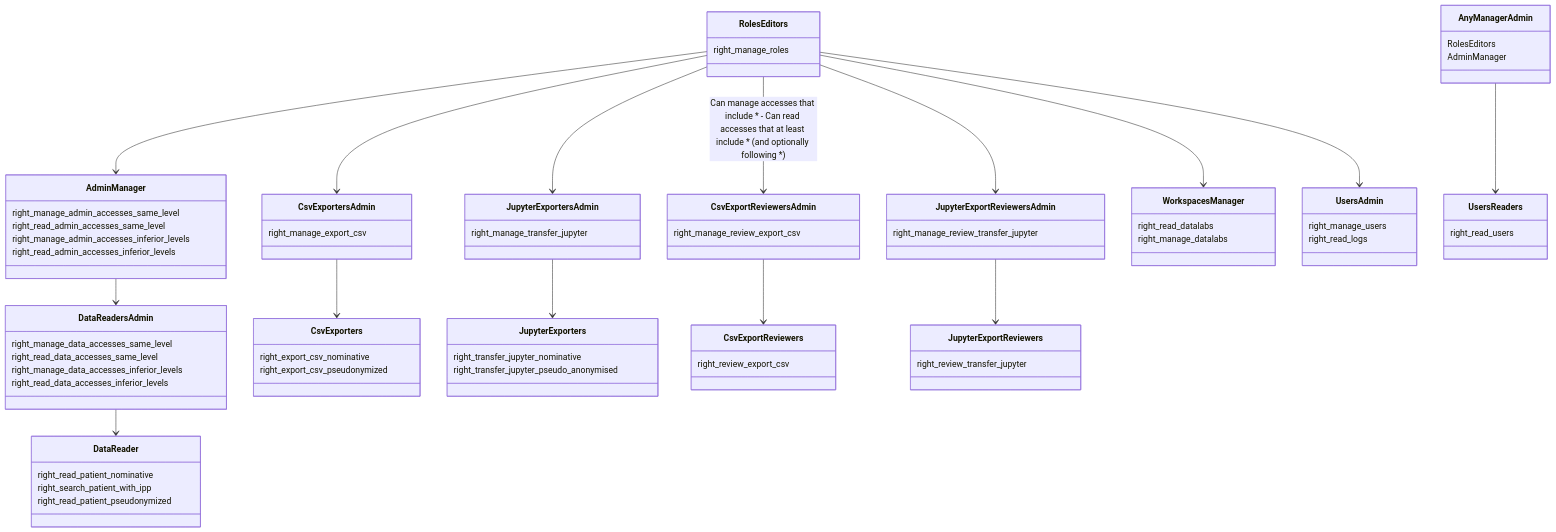
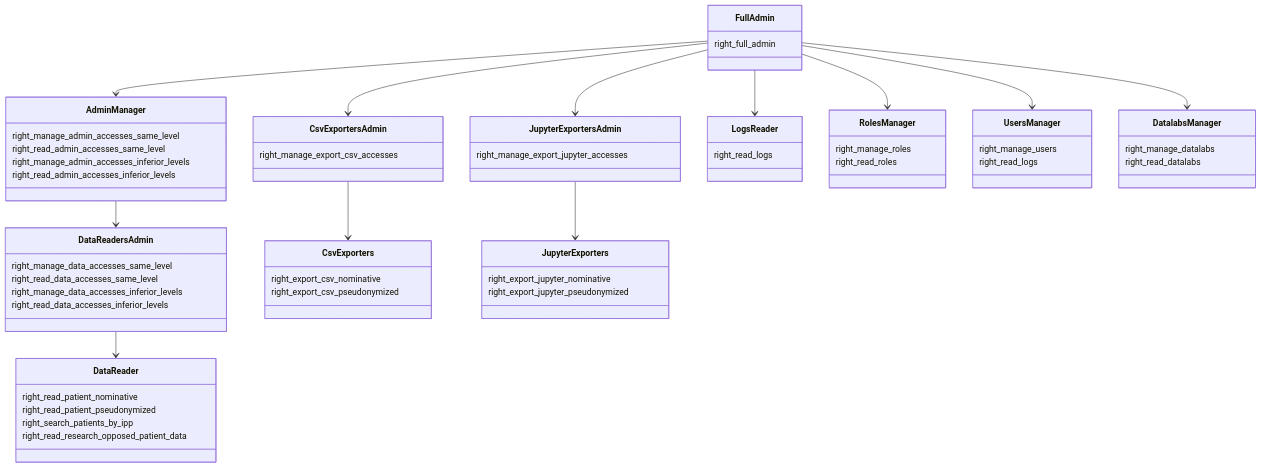
One commit to aphp/Cohort360-Back-end changed the first of 17 diagrams in accesses/rights_schema.md. Above: the diagram before and after it, drawn with Mermaid. The commit also changed 3 other files, not shown here.

````diff
--- a/accesses/rights_schema.md
+++ b/accesses/rights_schema.md
@@ -1,80 +1,69 @@
 ```mermaid
 classDiagram
-class RolesEditors {
-  right_manage_roles
+class FullAdmin {
+  right_full_admin
 }
 class AdminManager {
   right_manage_admin_accesses_same_level
   right_read_admin_accesses_same_level
   right_manage_admin_accesses_inferior_levels
   right_read_admin_accesses_inferior_levels
 }
 class DataReadersAdmin {
   right_manage_data_accesses_same_level
   right_read_data_accesses_same_level
   right_manage_data_accesses_inferior_levels
   right_read_data_accesses_inferior_levels
 }
 class DataReader {
   right_read_patient_nominative
-  right_search_patient_with_ipp
   right_read_patient_pseudonymized
+  right_search_patients_by_ipp
+  right_read_research_opposed_patient_data
 }
 class CsvExportersAdmin {
-  right_manage_export_csv
+  right_manage_export_csv_accesses
 }
 class JupyterExportersAdmin {
-  right_manage_transfer_jupyter
+  right_manage_export_jupyter_accesses
 }
 class CsvExporters {
   right_export_csv_nominative
   right_export_csv_pseudonymized
 }
 class JupyterExporters {
-  right_transfer_jupyter_nominative
-  right_transfer_jupyter_pseudo_anonymised
+  right_export_jupyter_nominative
+  right_export_jupyter_pseudonymized
 }
-class CsvExportReviewersAdmin {
-  right_manage_review_export_csv
+class LogsReader {
+  right_read_logs
 }
-class JupyterExportReviewersAdmin {
-  right_manage_review_transfer_jupyter
+class RolesManager {
+  right_manage_roles
+  right_read_roles
 }
-class CsvExportReviewers {
-  right_review_export_csv
-}
-class JupyterExportReviewers {
-  right_review_transfer_jupyter
-}
-class WorkspacesManager {
-  right_read_datalabs
-  right_manage_datalabs
-}
-class UsersAdmin {
+class UsersManager {
   right_manage_users
   right_read_logs
 }
-RolesEditors --> AdminManager
-RolesEditors --> UsersAdmin
+class DatalabsManager {
+  right_manage_datalabs
+  right_read_datalabs
+}
+
+FullAdmin --> AdminManager
 AdminManager --> DataReadersAdmin
 DataReadersAdmin --> DataReader
-
-RolesEditors --> CsvExportersAdmin
-RolesEditors --> JupyterExportersAdmin
-CsvExportersAdmin --> CsvExporters
-JupyterExportersAdmin --> JupyterExporters
-
-RolesEditors --> CsvExportReviewersAdmin : Can manage accesses that include * - Can read accesses that at least include * (and optionally following *)
-RolesEditors --> JupyterExportReviewersAdmin
-CsvExportReviewersAdmin --> CsvExportReviewers
-JupyterExportReviewersAdmin --> JupyterExportReviewers
-
-RolesEditors --> WorkspacesManager
-
-class AnyManagerAdmin {
-  RolesEditors
-  AdminManager
-}
-AnyManagerAdmin --> UsersReaders
-UsersReaders : right_read_users
+FullAdmin --> CsvExportersAdmin
+FullAdmin --> JupyterExportersAdmin
+FullAdmin --> LogsReader
+FullAdmin --> RolesManager
+FullAdmin --> UsersManager
+FullAdmin --> DatalabsManager
+CsvExportersAdmin-->CsvExporters
+JupyterExportersAdmin-->JupyterExporters
+LogsReader
+RolesManager
+UsersManager
+DatalabsManager
 ```
````
